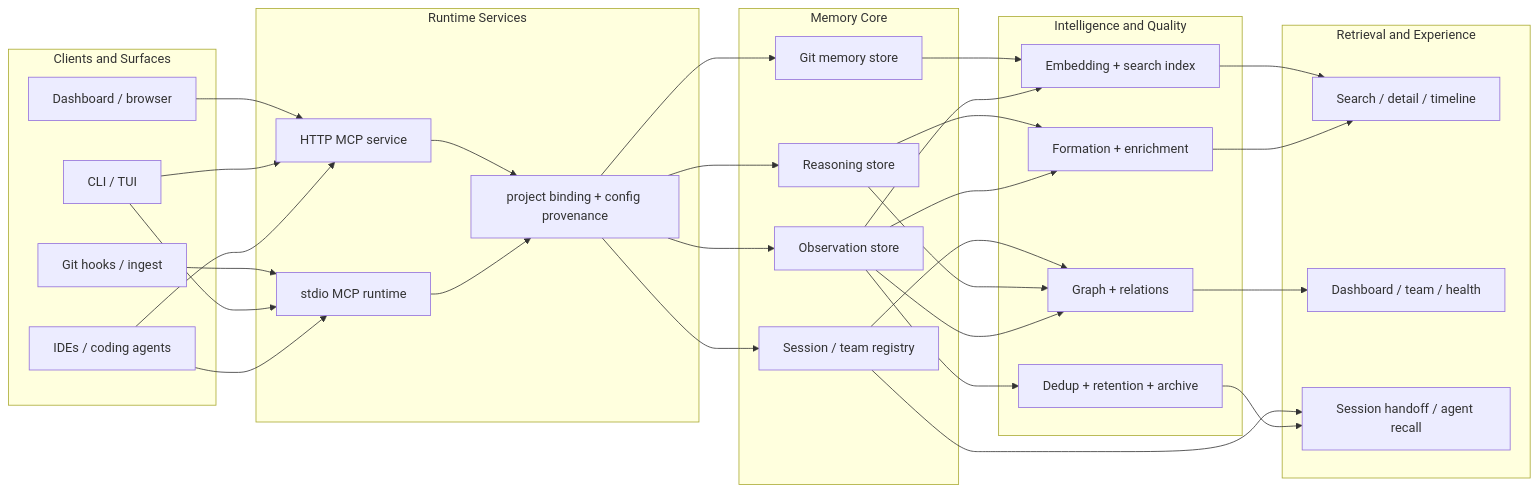
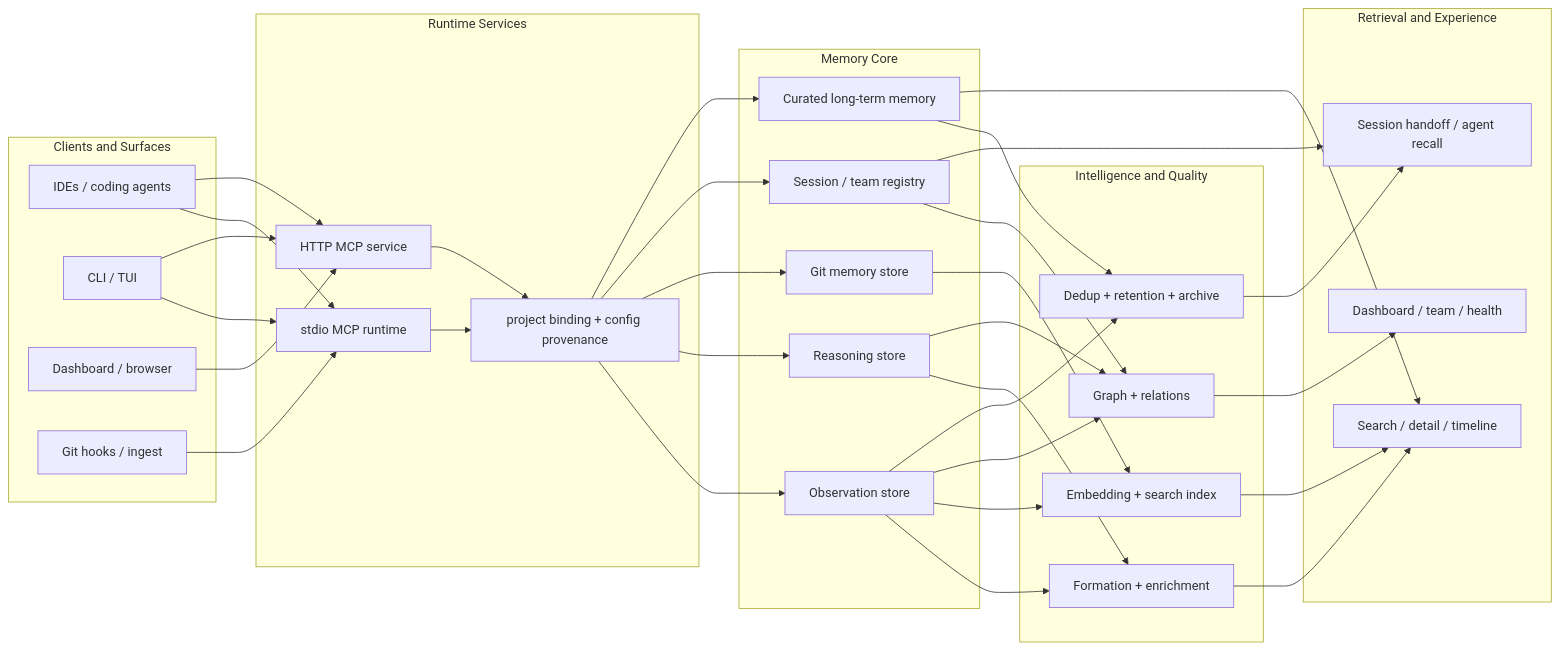
The first of 3 diagrams in docs/ARCHITECTURE.md (AVIDS2/memorix), drawn with Mermaid before and after one commit. The commit also changed other lines of this file and 56 other files, not shown here.

Commit message:
feat(memory): add curated long-term memory architecture

````diff
--- a/docs/ARCHITECTURE.md
+++ b/docs/ARCHITECTURE.md
@@ -19,65 +24,69 @@
 ```mermaid
 flowchart LR
     subgraph Clients["Clients and Surfaces"]
         A1["IDEs / coding agents"]
         A2["CLI / TUI"]
         A3["Dashboard / browser"]
         A4["Git hooks / ingest"]
     end
 
     subgraph Runtime["Runtime Services"]
         B1["stdio MCP runtime"]
         B2["HTTP MCP service"]
         B3["project binding + config provenance"]
     end
 
     subgraph Core["Memory Core"]
         C1["Observation store"]
         C2["Reasoning store"]
         C3["Git memory store"]
         C4["Session / team registry"]
+        C5["Curated long-term memory"]
     end
 
     subgraph Intelligence["Intelligence and Quality"]
         D1["Formation + enrichment"]
         D2["Embedding + search index"]
         D3["Graph + relations"]
         D4["Dedup + retention + archive"]
     end
 
     subgraph Experience["Retrieval and Experience"]
         E1["Search / detail / timeline"]
         E2["Dashboard / team / health"]
         E3["Session handoff / agent recall"]
     end
 
     A1 --> B1
     A1 --> B2
     A2 --> B1
     A2 --> B2
     A3 --> B2
     A4 --> B1
 
     B1 --> B3
     B2 --> B3
 
     B3 --> C1
     B3 --> C2
     B3 --> C3
     B3 --> C4
+    B3 --> C5
 
     C1 --> D1
     C1 --> D2
     C1 --> D3
     C1 --> D4
     C2 --> D1
     C2 --> D3
     C3 --> D2
     C4 --> D3
+    C5 --> D4
+    C5 --> E1
 
     D1 --> E1
     D2 --> E1
     D3 --> E2
     D4 --> E3
     C4 --> E3
 ```
````
